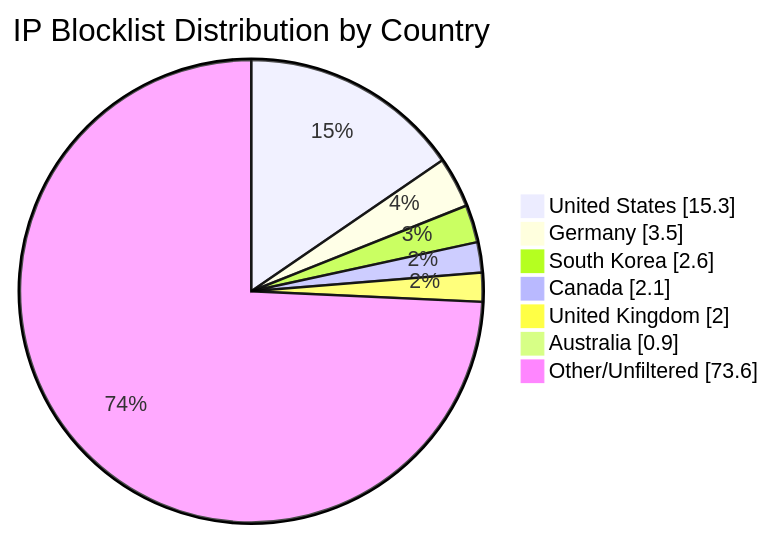
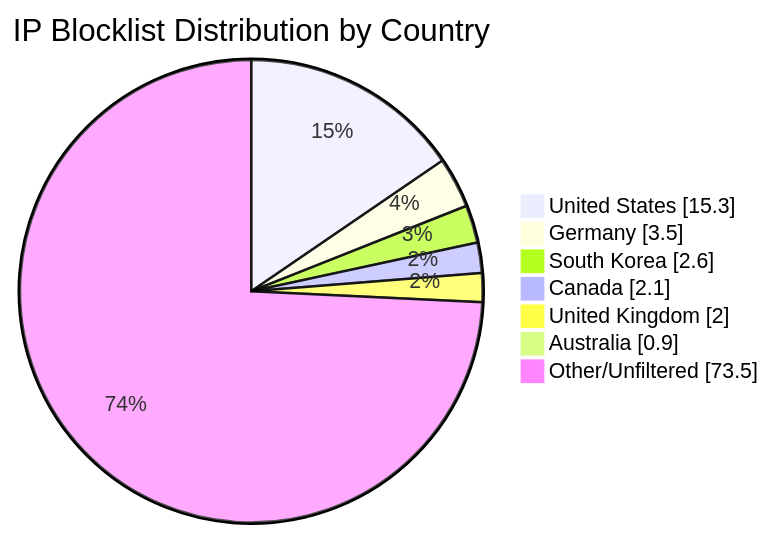
One commit to MarcusHoltz/ipblocklist-geofiltered-aggregator changed the diagram in README.md. Above: the diagram before and after it, drawn with Mermaid. The commit also changed other lines of this file and 9 other files, not shown here.

````diff
--- a/README.md
+++ b/README.md
@@ -34,10 +34,10 @@
 ```mermaid
 pie showData title IP Blocklist Distribution by Country
 "United States" : 15.3
 "Germany" : 3.5
 "South Korea" : 2.6
 "Canada" : 2.1
 "United Kingdom" : 2.0
 "Australia" : 0.9
-"Other/Unfiltered" : 73.6
+"Other/Unfiltered" : 73.5
 ```
````
